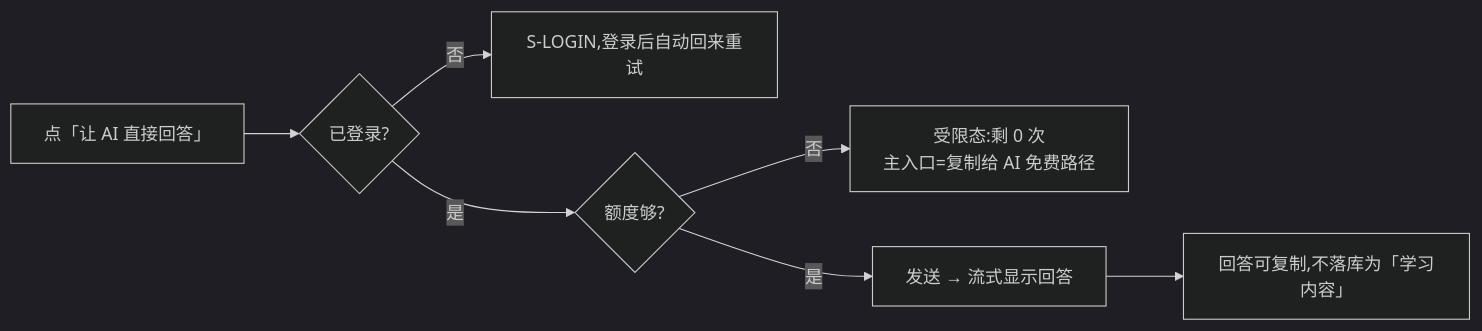
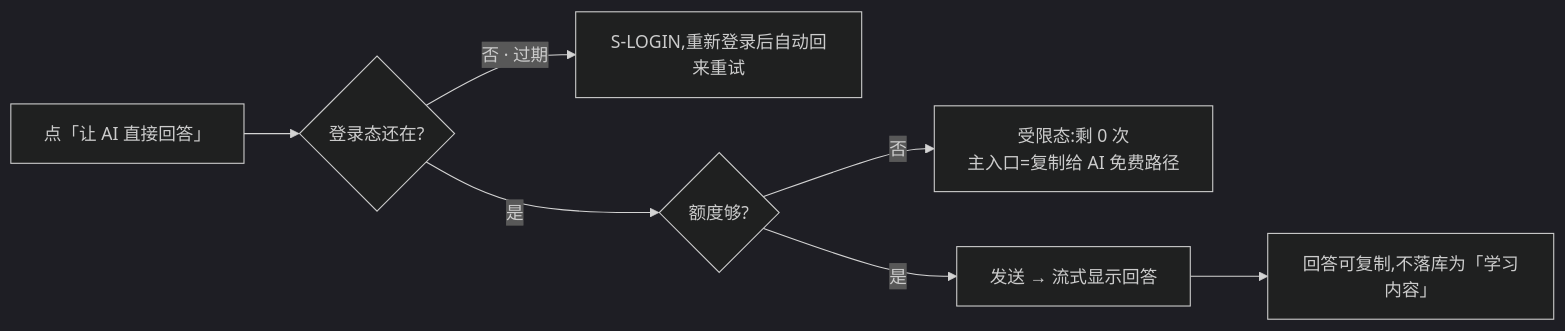
Before and after one commit to chenyuanjin/kubic: the eighth of 12 diagrams in docs/product/specs/导出与问AI.md, drawn with Mermaid (dark theme). The commit also changed other lines of this file and 15 other files, not shown here.

````diff
--- a/docs/product/specs/导出与问AI.md
+++ b/docs/product/specs/导出与问AI.md
@@ -1071,9 +1080,9 @@
 ```mermaid
 flowchart LR
-    A[点「让 AI 直接回答」] --> B{已登录?}
-    B -- 否 --> L[S-LOGIN,登录后自动回来重试]
+    A[点「让 AI 直接回答」] --> B{登录态还在?}
+    B -- 否 · 过期 --> L[S-LOGIN,重新登录后自动回来重试]
     B -- 是 --> C{额度够?}
     C -- 否 --> Q[受限态:剩 0 次<br/>主入口=复制给 AI 免费路径]
     C -- 是 --> D[发送 → 流式显示回答]
     D --> E[回答可复制,不落库为「学习内容」]
 ```
````
